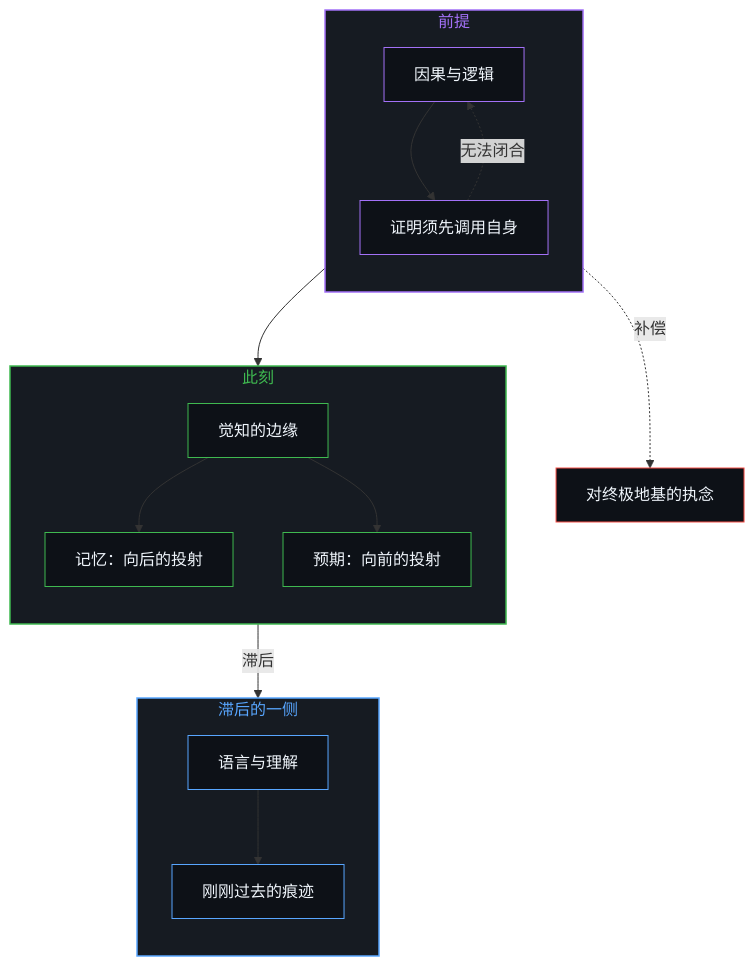
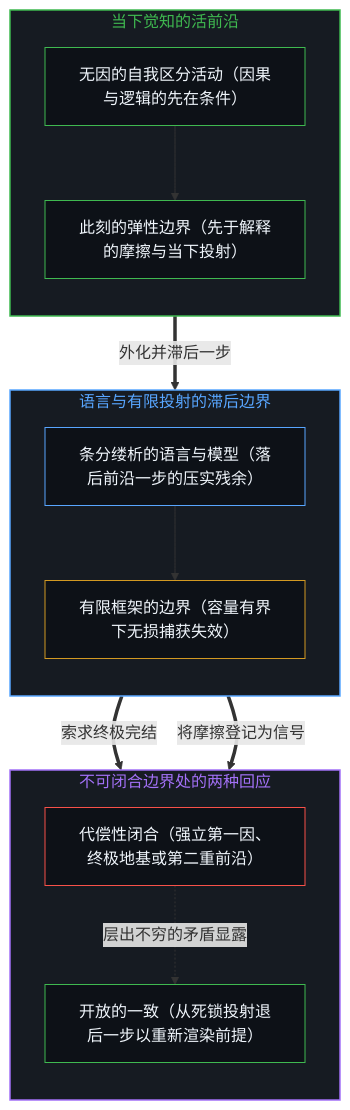
Before and after one commit to powerpig99/not-a-toe: the first of 2 diagrams in content/posts/xian-shi-de-bian-jie.md, drawn with Mermaid. The commit also changed other lines of this file and 1 other file, not shown here.

````diff
--- a/content/posts/xian-shi-de-bian-jie.md
+++ b/content/posts/xian-shi-de-bian-jie.md
@@ -67,38 +63,37 @@
 ```mermaid
 flowchart TD
-    subgraph S_Now["此刻"]
+    subgraph S_Edge["当下觉知的活前沿"]
         direction TB
-        N1["觉知的边缘"]
-        N2["记忆：向后的投射"]
-        N3["预期：向前的投射"]
+        E1["无因的自我区分活动（因果与逻辑的先在条件）"]
+        E2["此刻的弹性边界（先于解释的摩擦与当下投射）"]
+        E1 --> E2
     end
-    subgraph S_Lag["滞后的一侧"]
+
+    subgraph S_Proj["语言与有限投射的滞后边界"]
         direction TB
-        L1["语言与理解"]
-        L2["刚刚过去的痕迹"]
+        P1["条分缕析的语言与模型（落后前沿一步的压实残余）"]
+        P2["有限框架的边界（容量有界下无损捕获失效）"]
+        P1 --> P2
     end
-    subgraph S_Ground["前提"]
+
+    subgraph S_Resp["不可闭合边界处的两种回应"]
         direction TB
-        G1["因果与逻辑"]
-        G2["证明须先调用自身"]
+        R_Close["代偿性闭合（强立第一因、终极地基或第二重前沿）"]
+        R_Open["开放的一致（从死锁投射退后一步以重新渲染前提）"]
+        R_Close -.->|"层出不穷的矛盾显露"| R_Open
     end
-    X["对终极地基的执念"]
-    G1 --> N1
-    N1 --> N2
-    N1 --> N3
-    N1 -->|"滞后"| L1 --> L2
-    G1 --> G2
-    G2 -.->|"无法闭合"| G1
-    G2 -.->|"补偿"| X
-    style S_Now fill:#161b22,stroke:#3fb950,stroke-width:1.5px,color:#3fb950
-    style S_Lag fill:#161b22,stroke:#58a6ff,stroke-width:1.5px,color:#58a6ff
-    style S_Ground fill:#161b22,stroke:#a371f7,stroke-width:1.5px,color:#a371f7
-    style N1 fill:#0d1117,stroke:#3fb950,stroke-width:1px,color:#f0f6fc
-    style N2 fill:#0d1117,stroke:#3fb950,stroke-width:1px,color:#f0f6fc
-    style N3 fill:#0d1117,stroke:#3fb950,stroke-width:1px,color:#f0f6fc
-    style L1 fill:#0d1117,stroke:#58a6ff,stroke-width:1px,color:#f0f6fc
-    style L2 fill:#0d1117,stroke:#58a6ff,stroke-width:1px,color:#f0f6fc
-    style G1 fill:#0d1117,stroke:#a371f7,stroke-width:1px,color:#f0f6fc
-    style G2 fill:#0d1117,stroke:#a371f7,stroke-width:1px,color:#f0f6fc
-    style X fill:#0d1117,stroke:#f85149,stroke-width:1px,color:#f0f6fc
+
+    E2 ==>|"外化并滞后一步"| P1
+    P2 ==>|"索求终极完结"| R_Close
+    P2 ==>|"将摩擦登记为信号"| R_Open
+
+    style S_Edge fill:#161b22,stroke:#3fb950,stroke-width:1.5px,color:#3fb950
+    style S_Proj fill:#161b22,stroke:#58a6ff,stroke-width:1.5px,color:#58a6ff
+    style S_Resp fill:#161b22,stroke:#a371f7,stroke-width:1.5px,color:#a371f7
+    style E1 fill:#0d1117,stroke:#3fb950,stroke-width:1px,color:#f0f6fc
+    style E2 fill:#0d1117,stroke:#3fb950,stroke-width:1px,color:#f0f6fc
+    style P1 fill:#0d1117,stroke:#58a6ff,stroke-width:1px,color:#f0f6fc
+    style P2 fill:#0d1117,stroke:#d29922,stroke-width:1px,color:#f0f6fc
+    style R_Close fill:#0d1117,stroke:#f85149,stroke-width:1px,color:#f0f6fc
+    style R_Open fill:#0d1117,stroke:#3fb950,stroke-width:1px,color:#f0f6fc
 ```
````
